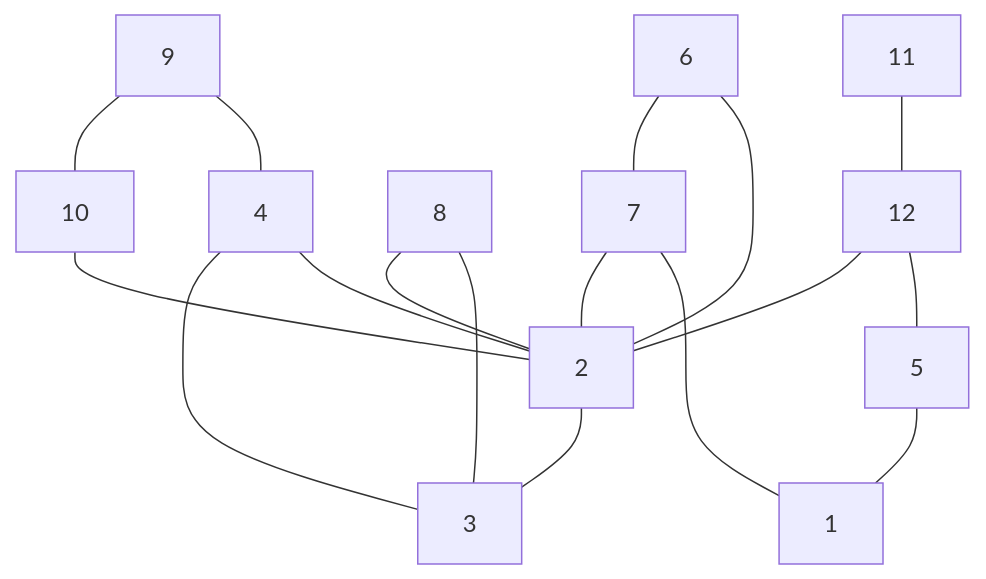
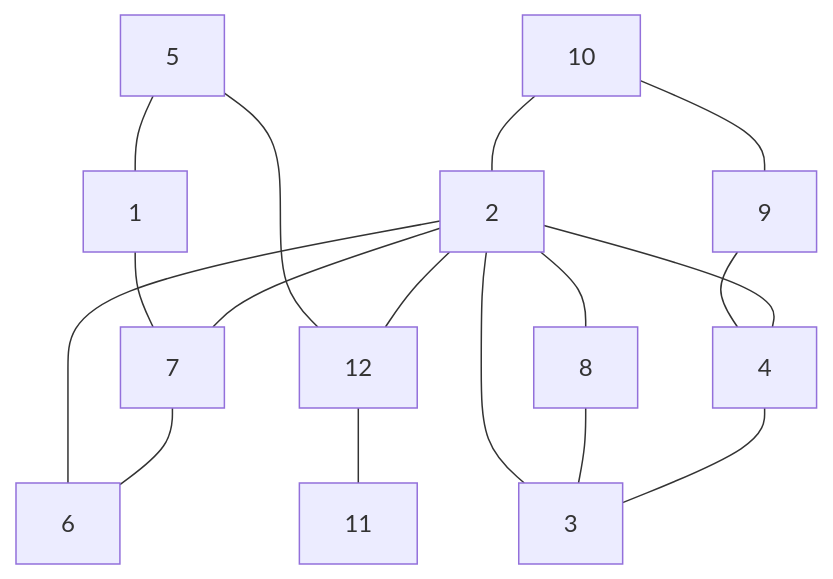
Before and after one commit to antononcube/Raku-Graph: the diagram in README.md, drawn with Mermaid. The commit also changed other lines of this file and 1 other file, not shown here.

````diff
--- a/README.md
+++ b/README.md
@@ -156,19 +156,19 @@
 ```mermaid
 graph TD
-6 --- 7
-6 --- 2
-11 --- 12
-8 --- 2
+10 --- 2
+10 --- 9
+9 --- 4
+5 --- 1
+5 --- 12
+1 --- 7
+2 --- 6
+2 --- 8
+2 --- 3
+2 --- 4
+2 --- 7
+2 --- 12
+12 --- 11
+7 --- 6
 8 --- 3
-9 --- 10
-9 --- 4
 4 --- 3
-4 --- 2
-12 --- 2
-12 --- 5
-10 --- 2
-7 --- 2
-7 --- 1
-2 --- 3
-5 --- 1
 ```
````
